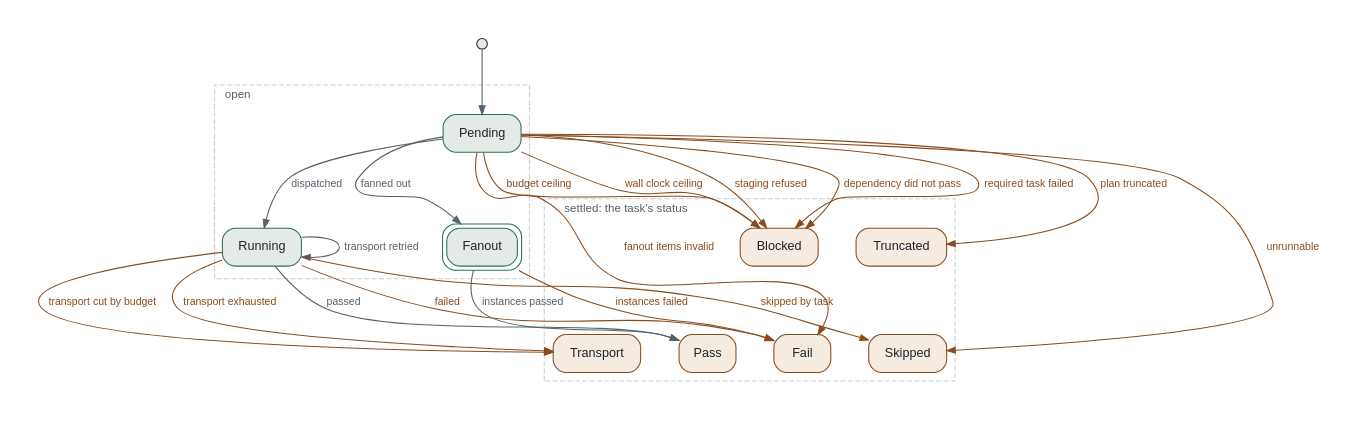
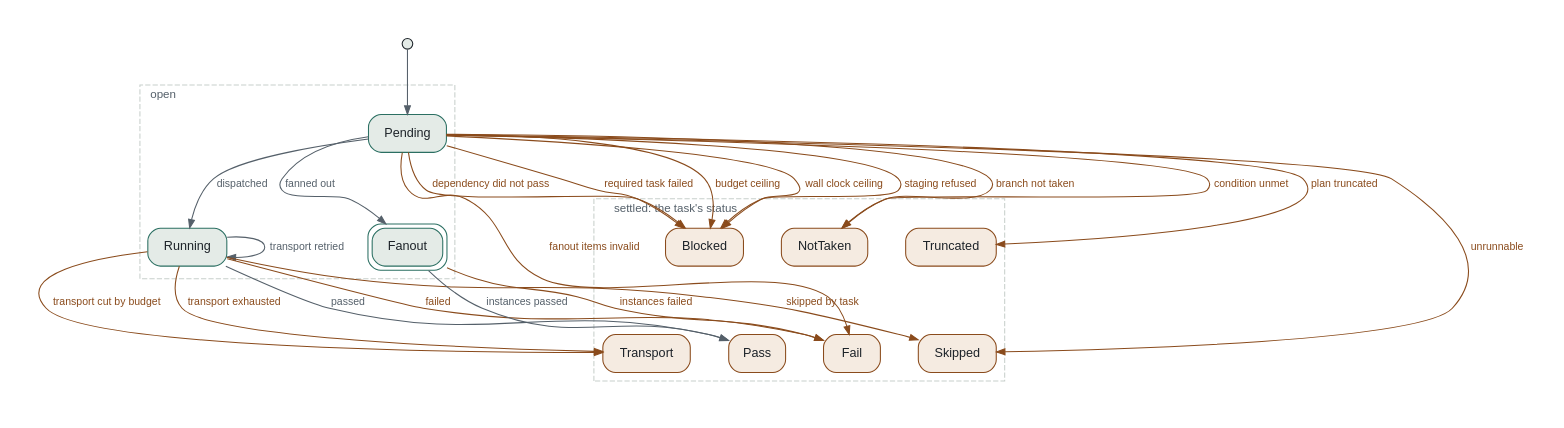
One commit to neuralmagic/crucible changed the diagram in docs/img/plan-task-states.dot. Above: the diagram before and after it, drawn with Graphviz. The commit also changed 35 other files, not shown here.

```diff
--- a/docs/img/plan-task-states.dot
+++ b/docs/img/plan-task-states.dot
@@ -1,40 +1,43 @@
 digraph task {
     graph [rankdir=TB, fontname="Helvetica", fontsize=11, fontcolor="#55606a", pad=0.4, nodesep=0.5, ranksep=0.7, splines=true, newrank=true];
     node [shape=box, style="rounded,filled", fillcolor="#e4ebe7", color="#2b6f62", fontname="Helvetica", fontsize=12, fontcolor="#1d2329", margin="0.18,0.1"];
     edge [fontname="Helvetica", fontsize=10, color="#55606a", fontcolor="#55606a", arrowsize=0.8];
     start [shape=point, width=0.14, color="#1d2329"];
     subgraph cluster_0 {
         label="open"; style=dashed; color="#c8d0cc"; labeljust=l;
         Pending;
         Running;
         Fanout [peripheries=2];
     }
     subgraph cluster_1 {
         label="settled: the task's status"; style=dashed; color="#c8d0cc"; labeljust=l;
         Pass [fillcolor="#f5ebe1", color="#8a4b1c"];
         Fail [fillcolor="#f5ebe1", color="#8a4b1c"];
         Skipped [fillcolor="#f5ebe1", color="#8a4b1c"];
+        NotTaken [fillcolor="#f5ebe1", color="#8a4b1c"];
         Transport [fillcolor="#f5ebe1", color="#8a4b1c"];
         Blocked [fillcolor="#f5ebe1", color="#8a4b1c"];
         Truncated [fillcolor="#f5ebe1", color="#8a4b1c"];
     }
     start -> Pending;
     Pending -> Running [label="dispatched"];
     Pending -> Fanout [label="fanned out"];
     Pending -> Skipped [label="unrunnable", color="#8a4b1c", fontcolor="#8a4b1c"];
+    Pending -> NotTaken [label="condition unmet", color="#8a4b1c", fontcolor="#8a4b1c"];
+    Pending -> NotTaken [label="branch not taken", color="#8a4b1c", fontcolor="#8a4b1c"];
     Pending -> Blocked [label="dependency did not pass", color="#8a4b1c", fontcolor="#8a4b1c"];
     Pending -> Blocked [label="required task failed", color="#8a4b1c", fontcolor="#8a4b1c"];
     Pending -> Blocked [label="budget ceiling", color="#8a4b1c", fontcolor="#8a4b1c"];
     Pending -> Blocked [label="wall clock ceiling", color="#8a4b1c", fontcolor="#8a4b1c"];
     Pending -> Blocked [label="staging refused", color="#8a4b1c", fontcolor="#8a4b1c"];
     Pending -> Truncated [label="plan truncated", color="#8a4b1c", fontcolor="#8a4b1c"];
     Pending -> Fail [label="fanout items invalid", color="#8a4b1c", fontcolor="#8a4b1c"];
     Running -> Pass [label="passed"];
     Running -> Fail [label="failed", color="#8a4b1c", fontcolor="#8a4b1c"];
     Running -> Skipped [label="skipped by task", color="#8a4b1c", fontcolor="#8a4b1c"];
     Running -> Running [label="transport retried"];
     Running -> Transport [label="transport exhausted", color="#8a4b1c", fontcolor="#8a4b1c"];
     Running -> Transport [label="transport cut by budget", color="#8a4b1c", fontcolor="#8a4b1c"];
     Fanout -> Pass [label="instances passed"];
     Fanout -> Fail [label="instances failed", color="#8a4b1c", fontcolor="#8a4b1c"];
 }
```
